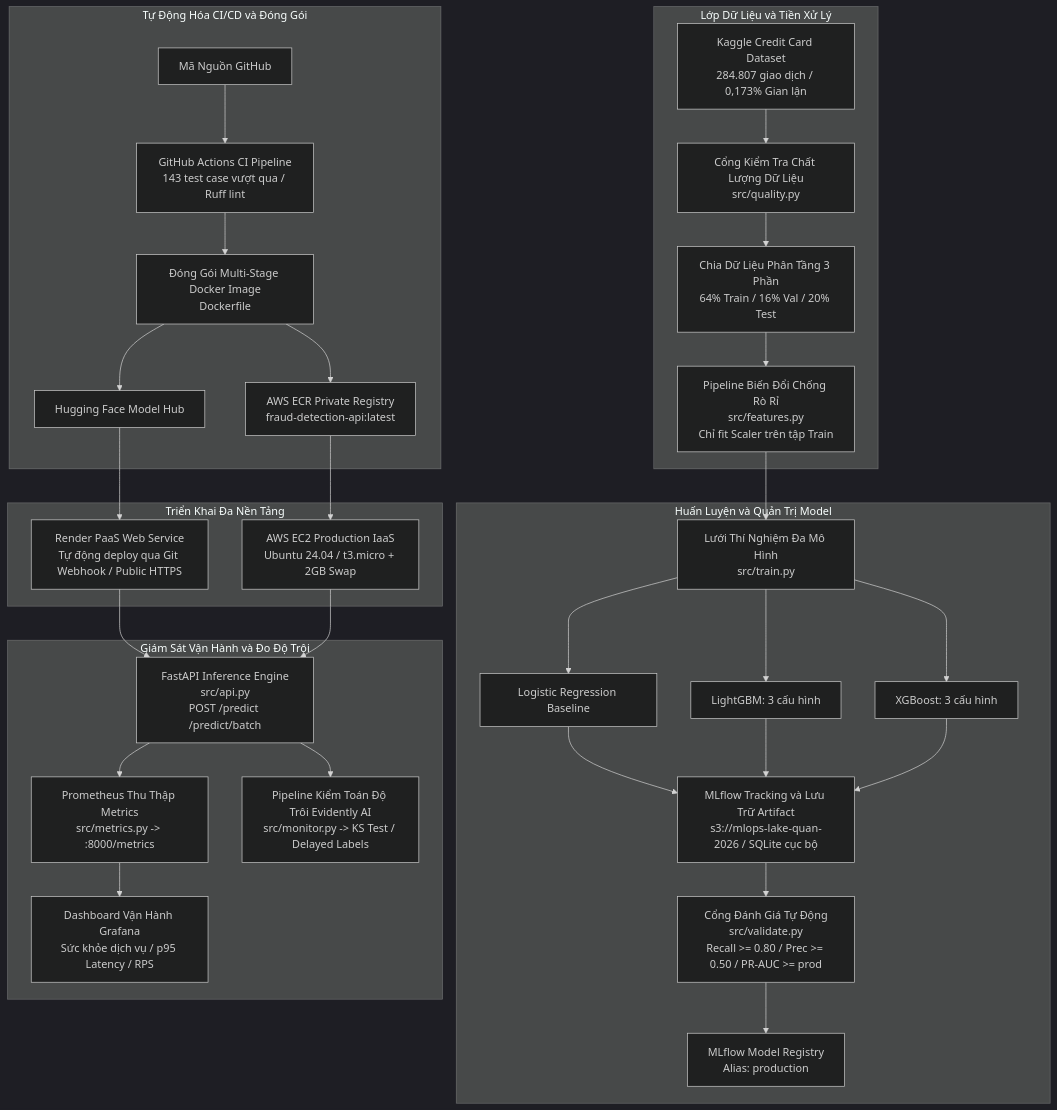
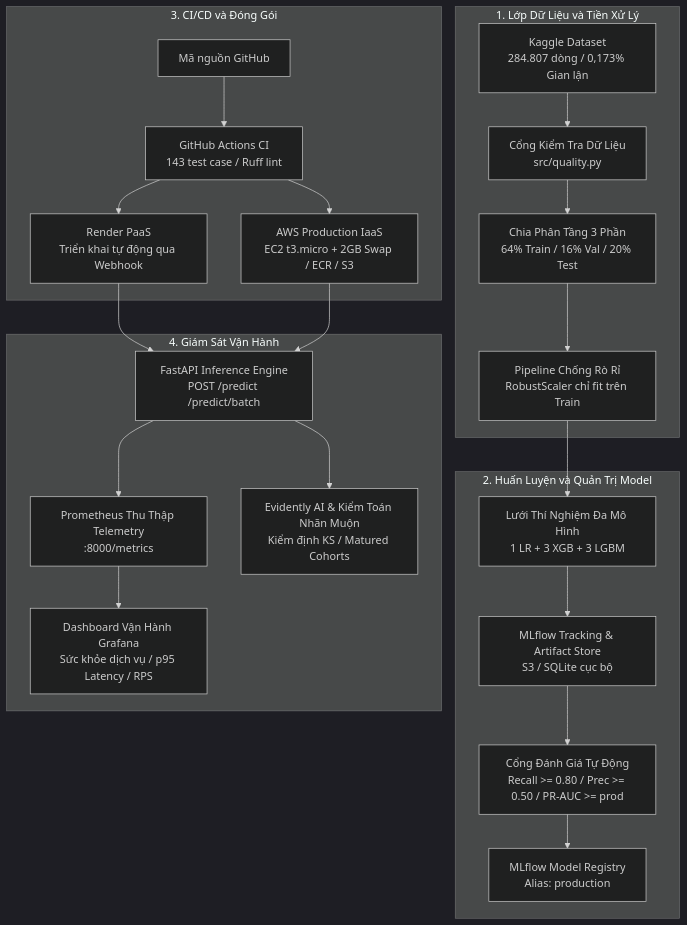
The diagram in README.vi.md (anhquan1111/mlops-fraud-detection), drawn with Mermaid (dark theme) before and after one commit. The commit also changed other lines of this file and 2 other files, not shown here.

Commit message:
docs: streamline README length, update dashboard demo asset to bust CDN cache

````diff
--- a/README.vi.md
+++ b/README.vi.md
@@ -82,57 +41,43 @@
 ```mermaid
 flowchart TD
-    subgraph DataLayer [Lớp Dữ Liệu và Tiền Xử Lý]
-        A[Kaggle Credit Card Dataset
-284.807 giao dịch / 0,173% Gian lận] --> B[Cổng Kiểm Tra Chất Lượng Dữ Liệu
+    subgraph Data [1. Lớp Dữ Liệu và Tiền Xử Lý]
+        A[Kaggle Dataset
+284.807 dòng / 0,173% Gian lận] --> B[Cổng Kiểm Tra Dữ Liệu
 src/quality.py]
-        B --> C[Chia Dữ Liệu Phân Tầng 3 Phần
+        B --> C[Chia Phân Tầng 3 Phần
 64% Train / 16% Val / 20% Test]
-        C --> D[Pipeline Biến Đổi Chống Rò Rỉ
-src/features.py
-Chỉ fit Scaler trên tập Train]
+        C --> D[Pipeline Chống Rò Rỉ
+RobustScaler chỉ fit trên Train]
     end
 
-    subgraph TrainingPipeline [Huấn Luyện và Quản Trị Model]
+    subgraph Training [2. Huấn Luyện và Quản Trị Model]
         D --> E[Lưới Thí Nghiệm Đa Mô Hình
-src/train.py]
-        E --> E1[Logistic Regression Baseline]
-        E --> E2[LightGBM: 3 cấu hình]
-        E --> E3[XGBoost: 3 cấu hình]
-        E1 & E2 & E3 --> F[MLflow Tracking và Lưu Trữ Artifact
-s3://mlops-lake-quan-2026 / SQLite cục bộ]
+1 LR + 3 XGB + 3 LGBM]
+        E --> F[MLflow Tracking & Artifact Store
+S3 / SQLite cục bộ]
         F --> G[Cổng Đánh Giá Tự Động
-src/validate.py
 Recall >= 0.80 / Prec >= 0.50 / PR-AUC >= prod]
         G --> H[MLflow Model Registry
 Alias: production]
     end
 
-    subgraph CICD [Tự Động Hóa CI/CD và Đóng Gói]
-        I[Mã Nguồn GitHub] --> J[GitHub Actions CI Pipeline
-143 test case vượt qua / Ruff lint]
-        J --> K[Đóng Gói Multi-Stage Docker Image
-Dockerfile]
-        K --> L1[AWS ECR Private Registry
-fraud-detection-api:latest]
-        K --> L2[Hugging Face Model Hub]
+    subgraph CICD [3. CI/CD và Đóng Gói]
+        I[Mã nguồn GitHub] --> J[GitHub Actions CI
+143 test case / Ruff lint]
+        J --> K1[Render PaaS
+Triển khai tự động qua Webhook]
+        J --> K2[AWS Production IaaS
+EC2 t3.micro + 2GB Swap / ECR / S3]
     end
 
-    subgraph Deployment [Triển Khai Đa Nền Tảng]
-        L2 --> M1[Render PaaS Web Service
-Tự động deploy qua Git Webhook / Public HTTPS]
-        L1 --> M2[AWS EC2 Production IaaS
-Ubuntu 24.04 / t3.micro + 2GB Swap]
-    end
-
-    subgraph Observability [Giám Sát Vận Hành và Đo Độ Trôi]
-        M1 & M2 --> N[FastAPI Inference Engine
-src/api.py
+    subgraph Monitoring [4. Giám Sát Vận Hành]
+        K1 & K2 --> L[FastAPI Inference Engine
 POST /predict /predict/batch]
-        N --> O[Prometheus Thu Thập Metrics
-src/metrics.py -> :8000/metrics]
-        O --> P[Dashboard Vận Hành Grafana
+        L --> M[Prometheus Thu Thập Telemetry
+:8000/metrics]
+        M --> N[Dashboard Vận Hành Grafana
 Sức khỏe dịch vụ / p95 Latency / RPS]
-        N --> Q[Pipeline Kiểm Toán Độ Trôi Evidently AI
-src/monitor.py -> KS Test / Delayed Labels]
+        L --> O[Evidently AI & Kiểm Toán Nhãn Muộn
+Kiểm định KS / Matured Cohorts]
     end
 ```
````
